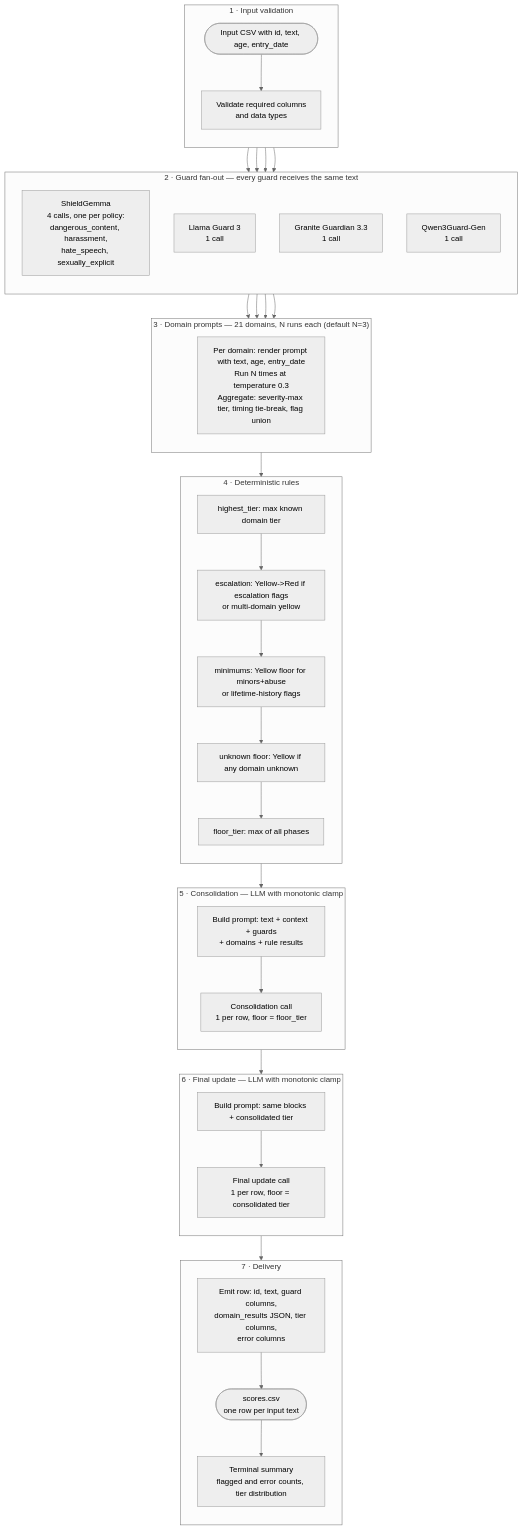
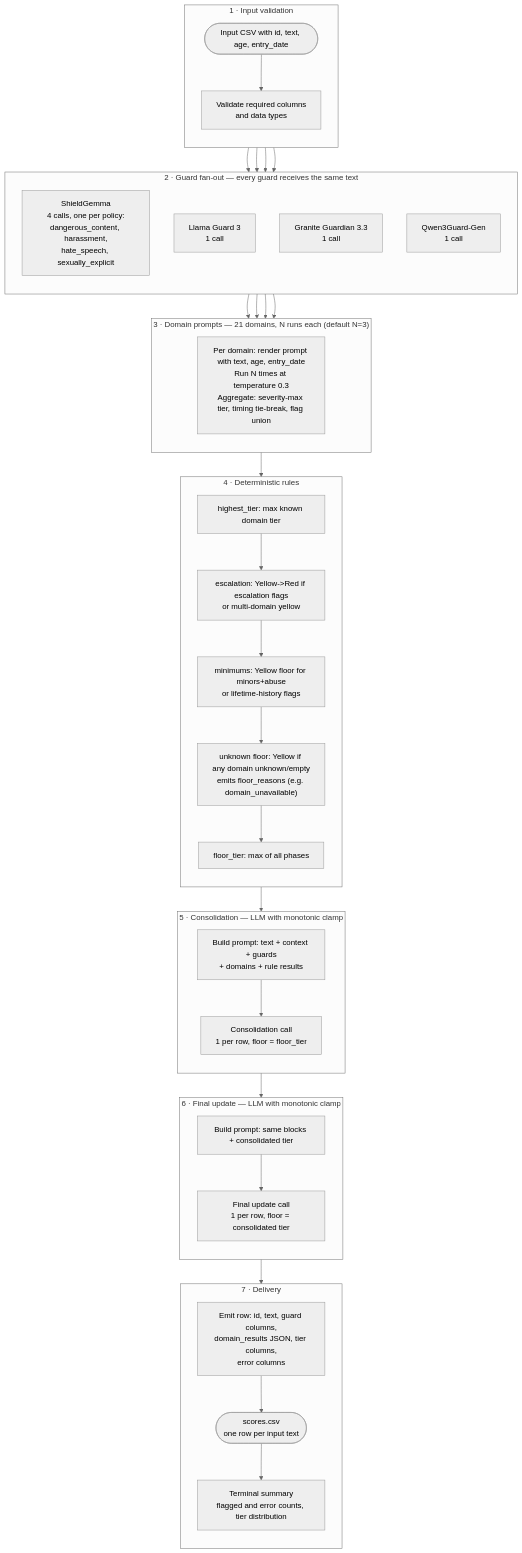
Before and after one commit to childmindresearch/guard-ensemble: the diagram in DATAFLOW.md, drawn with Mermaid (neutral theme). The commit also changed other lines of this file and 1 other file, not shown here.

Commit message:
checkpoint: Task 2 - Document corrected unknown-floor and floor_reasons

````diff
--- a/DATAFLOW.md
+++ b/DATAFLOW.md
@@ -9,52 +9,52 @@
 ```mermaid
 flowchart TD
     subgraph S1["1 · Input validation"]
         direction TB
         A(["Input CSV with id, text, age, entry_date"]) --> B["Validate required columns<br/>and data types"]
     end
 
     subgraph S2["2 · Guard fan-out — every guard receives the same text"]
         direction TB
         B --> G1["ShieldGemma<br/>4 calls, one per policy:<br/>dangerous_content, harassment,<br/>hate_speech, sexually_explicit"]
         B --> G2["Llama Guard 3<br/>1 call"]
         B --> G3["Granite Guardian 3.3<br/>1 call"]
         B --> G4["Qwen3Guard-Gen<br/>1 call"]
     end
 
     subgraph S3["3 · Domain prompts — 21 domains, N runs each (default N=3)"]
         direction TB
         G1 --> D
         G2 --> D
         G3 --> D
         G4 --> D
         D["Per domain: render prompt with text, age, entry_date<br/>Run N times at temperature 0.3<br/>Aggregate: severity-max tier, timing tie-break, flag union"]
     end
 
     subgraph S4["4 · Deterministic rules"]
         direction TB
         D --> R1["highest_tier: max known domain tier"]
         R1 --> R2["escalation: Yellow->Red if escalation flags<br/>or multi-domain yellow"]
         R2 --> R3["minimums: Yellow floor for minors+abuse<br/>or lifetime-history flags"]
-        R3 --> R4["unknown floor: Yellow if any domain unknown"]
+        R3 --> R4["unknown floor: Yellow if any domain unknown/empty<br/>emits floor_reasons (e.g. domain_unavailable)"]
         R4 --> R5["floor_tier: max of all phases"]
     end
 
     subgraph S5["5 · Consolidation — LLM with monotonic clamp"]
         direction TB
         R5 --> C1["Build prompt: text + context + guards<br/>+ domains + rule results"]
         C1 --> C2["Consolidation call<br/>1 per row, floor = floor_tier"]
     end
 
     subgraph S6["6 · Final update — LLM with monotonic clamp"]
         direction TB
         C2 --> F1["Build prompt: same blocks + consolidated tier"]
         F1 --> F2["Final update call<br/>1 per row, floor = consolidated tier"]
     end
 
     subgraph S7["7 · Delivery"]
         direction TB
         F2 --> O1["Emit row: id, text, guard columns,<br/>domain_results JSON, tier columns,<br/>error columns"]
         O1 --> O2(["scores.csv<br/>one row per input text"])
         O2 --> O3["Terminal summary<br/>flagged and error counts, tier distribution"]
     end
 ```
````
